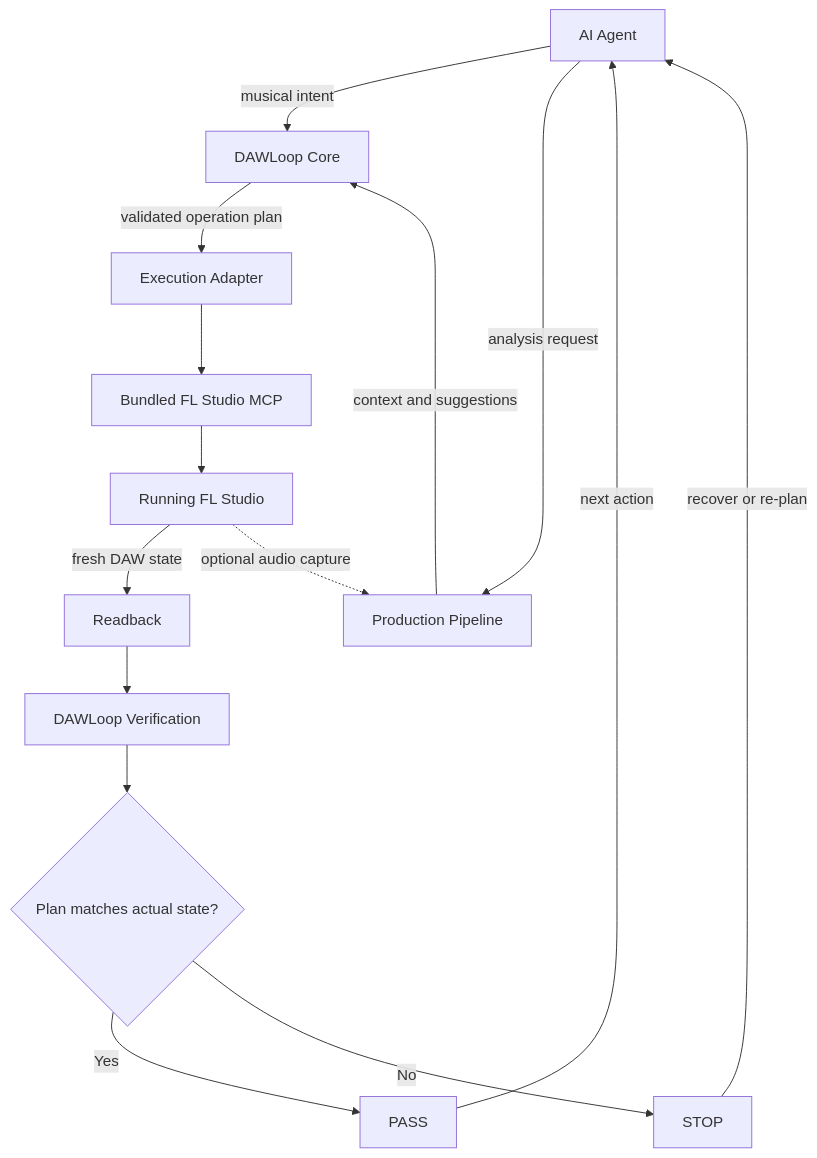
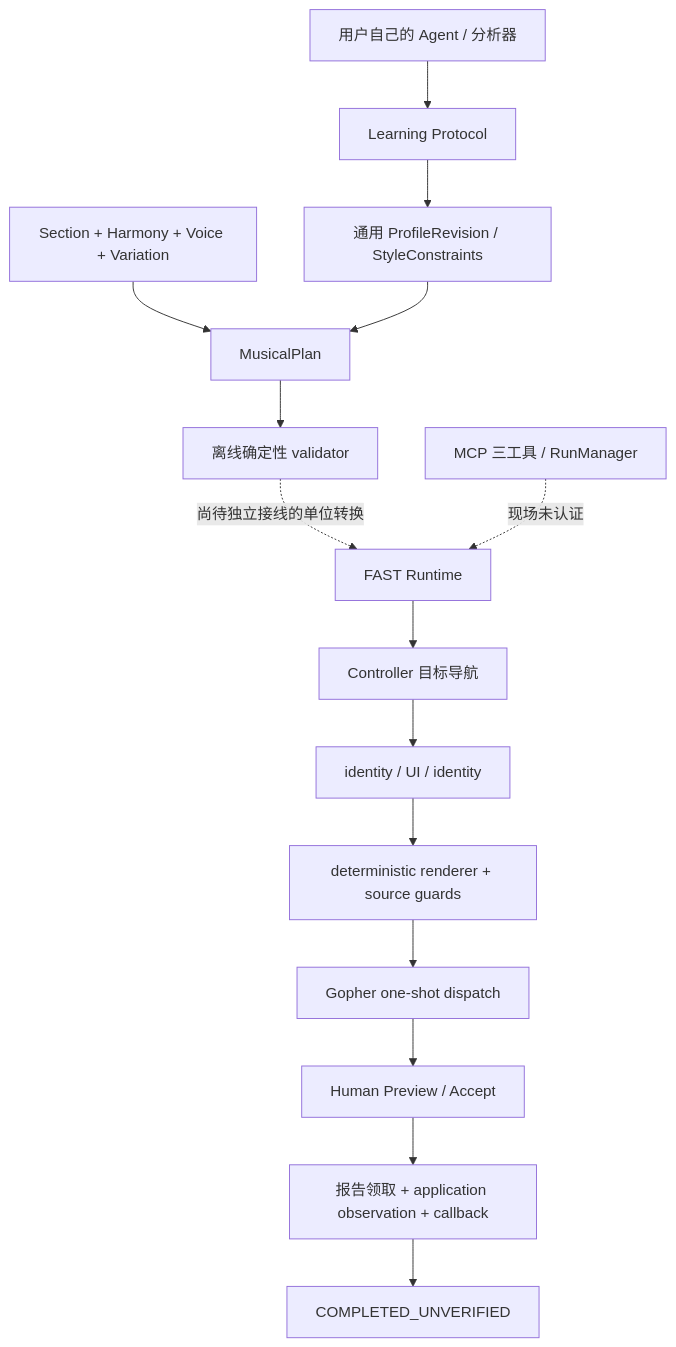
One commit to ryurikoneko/DAWLoop changed the diagram in docs/ARCHITECTURE.md. Above: the diagram before and after it, drawn with Mermaid. The commit also changed other lines of this file and 15 other files, not shown here.

````diff
--- a/docs/ARCHITECTURE.md
+++ b/docs/ARCHITECTURE.md
@@ -5,17 +5,17 @@
 ```mermaid
 flowchart TD
-    A[AI Agent] -->|musical intent| C[DAWLoop Core]
-    A -->|analysis request| P[Production Pipeline]
-    P -->|context and suggestions| C
-    C -->|validated operation plan| X[Execution Adapter]
-    X --> M[Bundled FL Studio MCP]
-    M --> F[Running FL Studio]
-    F -->|fresh DAW state| R[Readback]
-    R --> V[DAWLoop Verification]
-    V --> D{Plan matches actual state?}
-    D -->|Yes| PASS[PASS]
-    D -->|No| STOP[STOP]
-    PASS -->|next action| A
-    STOP -->|recover or re-plan| A
-    F -. optional audio capture .-> P
+    A[用户自己的 Agent / 分析器] --> L[Learning Protocol]
+    L --> P[通用 ProfileRevision / StyleConstraints]
+    B[Section + Harmony + Voice + Variation] --> M[MusicalPlan]
+    P --> M
+    M --> V[离线确定性 validator]
+    V -. 尚待独立接线的单位转换 .-> F[FAST Runtime]
+    C[MCP 三工具 / RunManager] -. 现场未认证 .-> F
+    F --> N[Controller 目标导航]
+    N --> O[identity / UI / identity]
+    O --> R[deterministic renderer + source guards]
+    R --> G[Gopher one-shot dispatch]
+    G --> H[Human Preview / Accept]
+    H --> E[报告领取 + application observation + callback]
+    E --> U[COMPLETED_UNVERIFIED]
 ```
````
